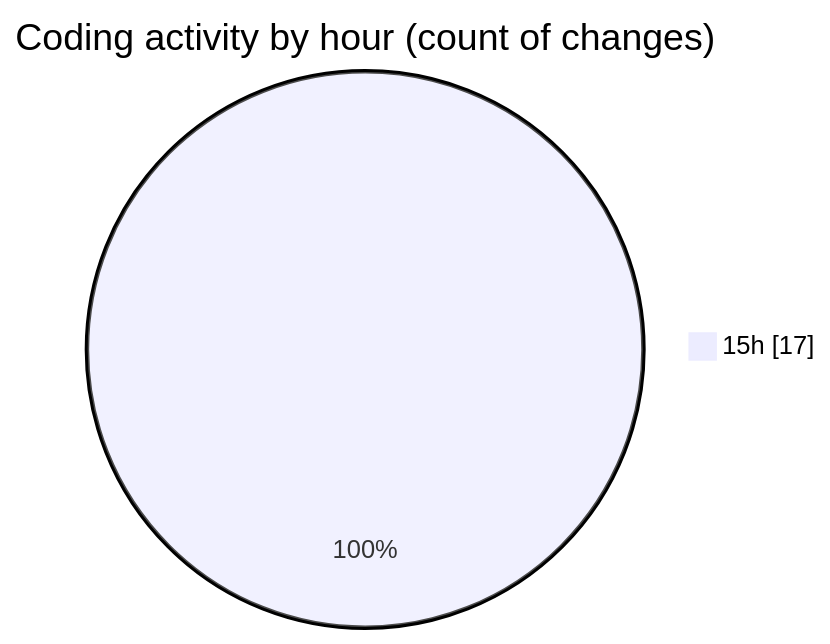
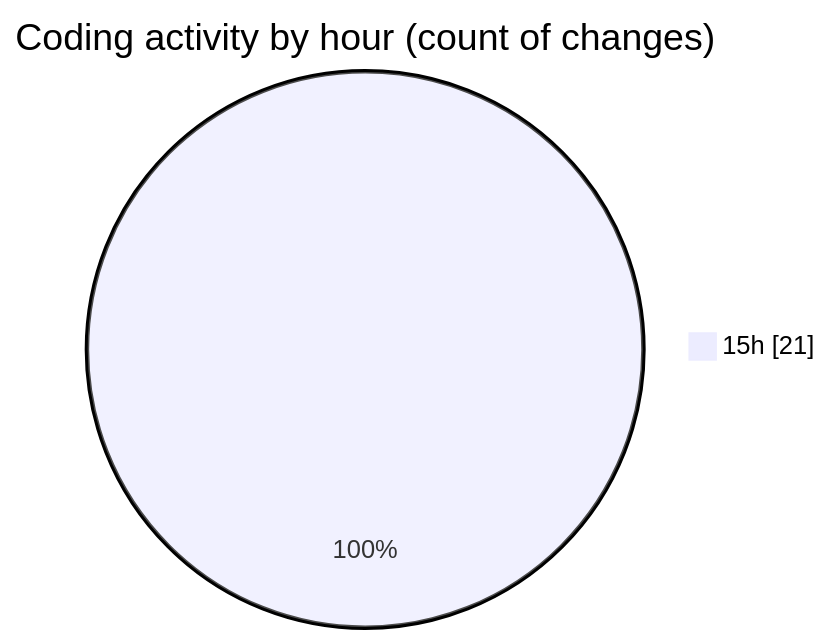
The second of 2 diagrams in 2025-01-26/results-summary-component-main/README.md (NitaiMahat/code-tracking), drawn with Mermaid before and after one commit. The commit also changed other lines of this file and 1 other file, not shown here.

````diff
--- a/2025-01-26/results-summary-component-main/README.md
+++ b/2025-01-26/results-summary-component-main/README.md
@@ -30,5 +30,5 @@
 ```mermaid
 pie showData
 title Coding activity by hour (count of changes)
-"15h" : 17
+"15h" : 21
 ```
````
